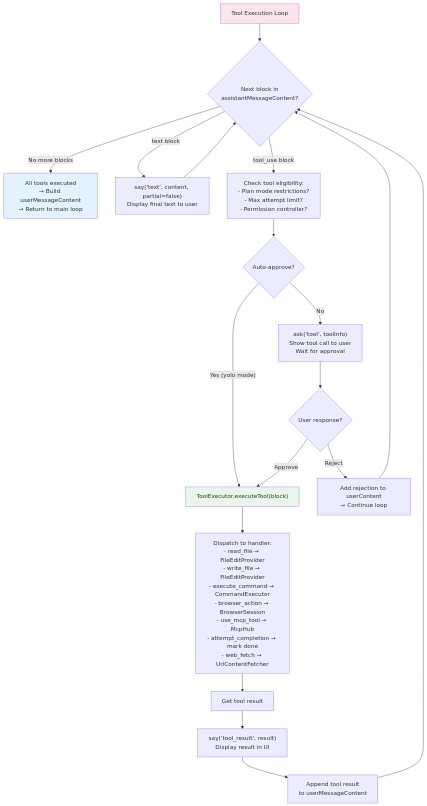
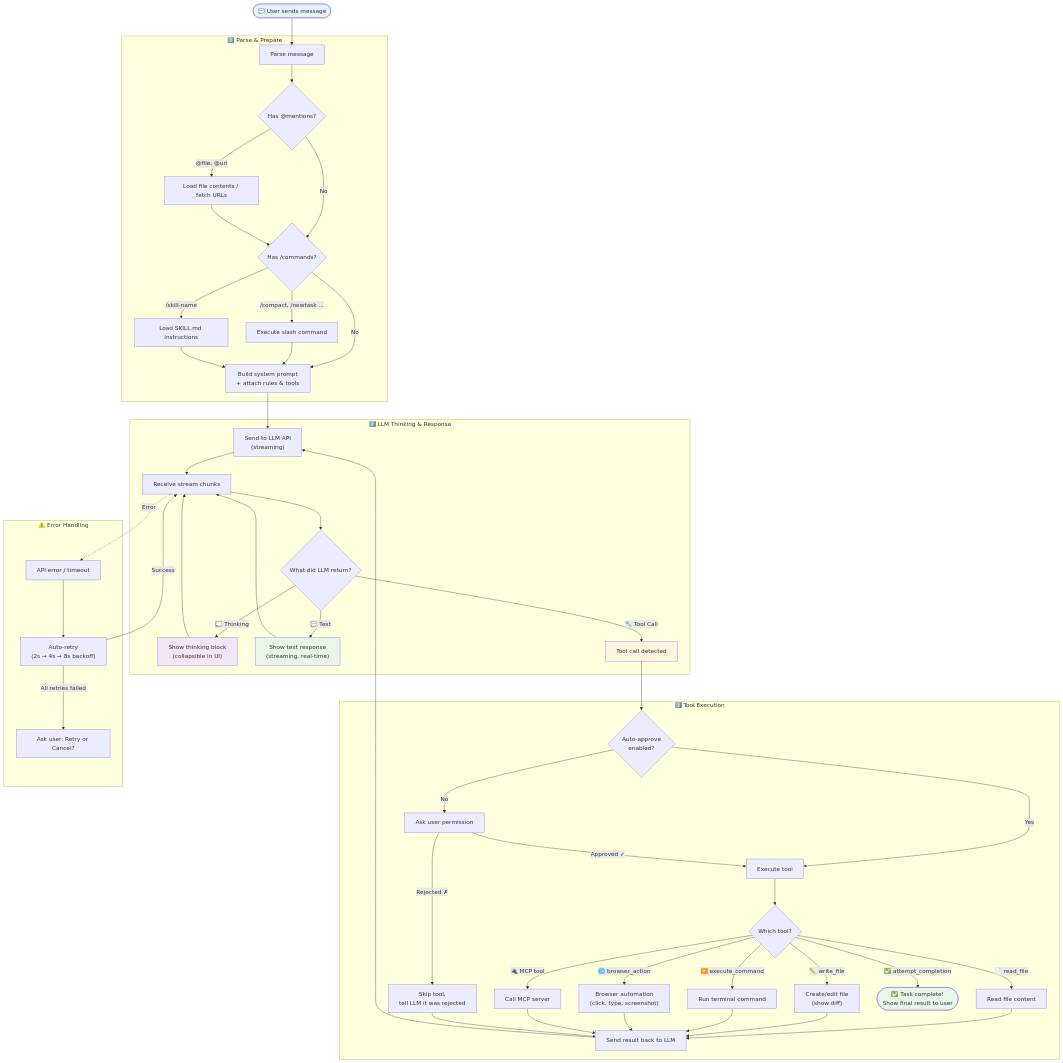
Before and after one commit to TungND2k2/Milo-ai: the second of 2 diagrams in README.md, drawn with Mermaid. The commit also changed other lines of this file, not shown here.

````diff
--- a/README.md
+++ b/README.md
@@ -256,32 +83,82 @@
 ```mermaid
 flowchart TD
-    START["Tool Execution Loop"] --> ITER{"Next block in<br/>assistantMessageContent?"}
+    START(["💬 User sends message"]) --> PARSE
 
-    ITER -->|"No more blocks"| DONE["All tools executed<br/>→ Build userMessageContent<br/>→ Return to main loop"]
+    subgraph PARSE_PHASE["1️⃣ Parse & Prepare"]
+        PARSE["Parse message"]
+        PARSE --> MENTIONS{"Has @mentions?"}
+        MENTIONS -->|"@file, @url"| LOAD_FILES["Load file contents / fetch URLs"]
+        MENTIONS -->|"No"| SLASH_CHECK
 
-    ITER -->|"text block"| SAY_TEXT["say('text', content, partial=false)<br/>Display final text to user"]
-    SAY_TEXT --> ITER
+        LOAD_FILES --> SLASH_CHECK{"Has /commands?"}
+        SLASH_CHECK -->|"/compact, /newtask ..."| RUN_SLASH["Execute slash command"]
+        SLASH_CHECK -->|"/skill-name"| LOAD_SKILL["Load SKILL.md instructions"]
+        SLASH_CHECK -->|"No"| BUILD
+        RUN_SLASH --> BUILD
+        LOAD_SKILL --> BUILD
 
-    ITER -->|"tool_use block"| TOOL_CHECK["Check tool eligibility:<br/>- Plan mode restrictions?<br/>- Max attempt limit?<br/>- Permission controller?"]
+        BUILD["Build system prompt<br/>+ attach rules & tools"]
+    end
 
-    TOOL_CHECK --> AUTO_APPROVE{"Auto-approve?"}
-    AUTO_APPROVE -->|"Yes (yolo mode)"| EXECUTE
-    AUTO_APPROVE -->|"No"| ASK_USER["ask('tool', toolInfo)<br/>Show tool call to user<br/>Wait for approval"]
+    BUILD --> SEND
 
-    ASK_USER --> USER_RESPONSE{"User response?"}
-    USER_RESPONSE -->|"Approve"| EXECUTE
-    USER_RESPONSE -->|"Reject"| REJECT["Add rejection to userContent<br/>→ Continue loop"]
+    subgraph LLM_PHASE["2️⃣ LLM Thinking & Response"]
+        SEND["Send to LLM API<br/>(streaming)"]
+        SEND --> STREAM["Receive stream chunks"]
 
-    EXECUTE["ToolExecutor.executeTool(block)"] --> DISPATCH["Dispatch to handler:<br/>- read_file → FileEditProvider<br/>- write_file → FileEditProvider<br/>- execute_command → CommandExecutor<br/>- browser_action → BrowserSession<br/>- use_mcp_tool → McpHub<br/>- attempt_completion → mark done<br/>- web_fetch → UrlContentFetcher"]
+        STREAM --> CHUNK_TYPE{"What did LLM return?"}
 
-    DISPATCH --> RESULT["Get tool result"]
-    RESULT --> SHOW_RESULT["say('tool_result', result)<br/>Display result in UI"]
-    SHOW_RESULT --> ADD_RESULT["Append tool result<br/>to userMessageContent"]
-    ADD_RESULT --> ITER
+        CHUNK_TYPE -->|"💭 Thinking"| SHOW_THINK["Show thinking block<br/>(collapsible in UI)"]
+        CHUNK_TYPE -->|"💬 Text"| SHOW_TEXT["Show text response<br/>(streaming, real-time)"]
+        CHUNK_TYPE -->|"🔧 Tool Call"| TOOL_CALL["Tool call detected"]
 
-    REJECT --> ITER
+        SHOW_THINK --> STREAM
+        SHOW_TEXT --> STREAM
+    end
 
-    style START fill:#fce4ec
-    style EXECUTE fill:#e8f5e9
-    style DONE fill:#e3f2fd
+    TOOL_CALL --> APPROVE
+
+    subgraph TOOL_PHASE["3️⃣ Tool Execution"]
+        APPROVE{"Auto-approve<br/>enabled?"}
+        APPROVE -->|"Yes"| EXECUTE
+        APPROVE -->|"No"| ASK_USER["Ask user permission"]
+        ASK_USER -->|"Approved ✓"| EXECUTE
+        ASK_USER -->|"Rejected ✗"| SKIP["Skip tool,<br/>tell LLM it was rejected"]
+
+        EXECUTE["Execute tool"]
+
+        EXECUTE --> TOOL_TYPE{"Which tool?"}
+        TOOL_TYPE -->|"📄 read_file"| T1["Read file content"]
+        TOOL_TYPE -->|"✏️ write_file"| T2["Create/edit file<br/>(show diff)"]
+        TOOL_TYPE -->|"▶️ execute_command"| T3["Run terminal command"]
+        TOOL_TYPE -->|"🌐 browser_action"| T4["Browser automation<br/>(click, type, screenshot)"]
+        TOOL_TYPE -->|"🔌 MCP tool"| T5["Call MCP server"]
+        TOOL_TYPE -->|"✅ attempt_completion"| DONE
+
+        T1 --> RESULT["Send result back to LLM"]
+        T2 --> RESULT
+        T3 --> RESULT
+        T4 --> RESULT
+        T5 --> RESULT
+        SKIP --> RESULT
+    end
+
+    RESULT --> SEND
+
+    DONE(["✅ Task complete!<br/>Show final result to user"])
+
+    subgraph ERROR_PHASE["⚠️ Error Handling"]
+        ERR_API["API error / timeout"]
+        ERR_API --> RETRY["Auto-retry<br/>(2s → 4s → 8s backoff)"]
+        RETRY -->|"Success"| STREAM
+        RETRY -->|"All retries failed"| ASK_RETRY["Ask user: Retry or Cancel?"]
+    end
+
+    STREAM -.->|"Error"| ERR_API
+
+    style START fill:#e3f2fd
+    style DONE fill:#e8f5e9
+    style SHOW_THINK fill:#f3e5f5
+    style SHOW_TEXT fill:#e8f5e9
+    style TOOL_CALL fill:#fff3e0
 ```
````
